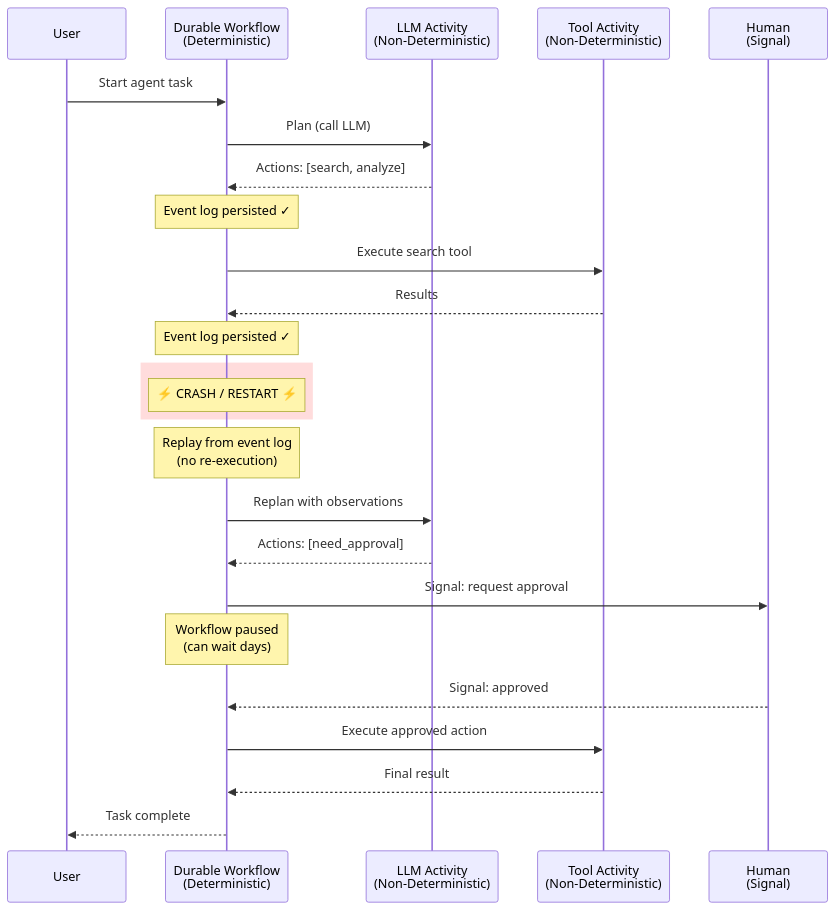
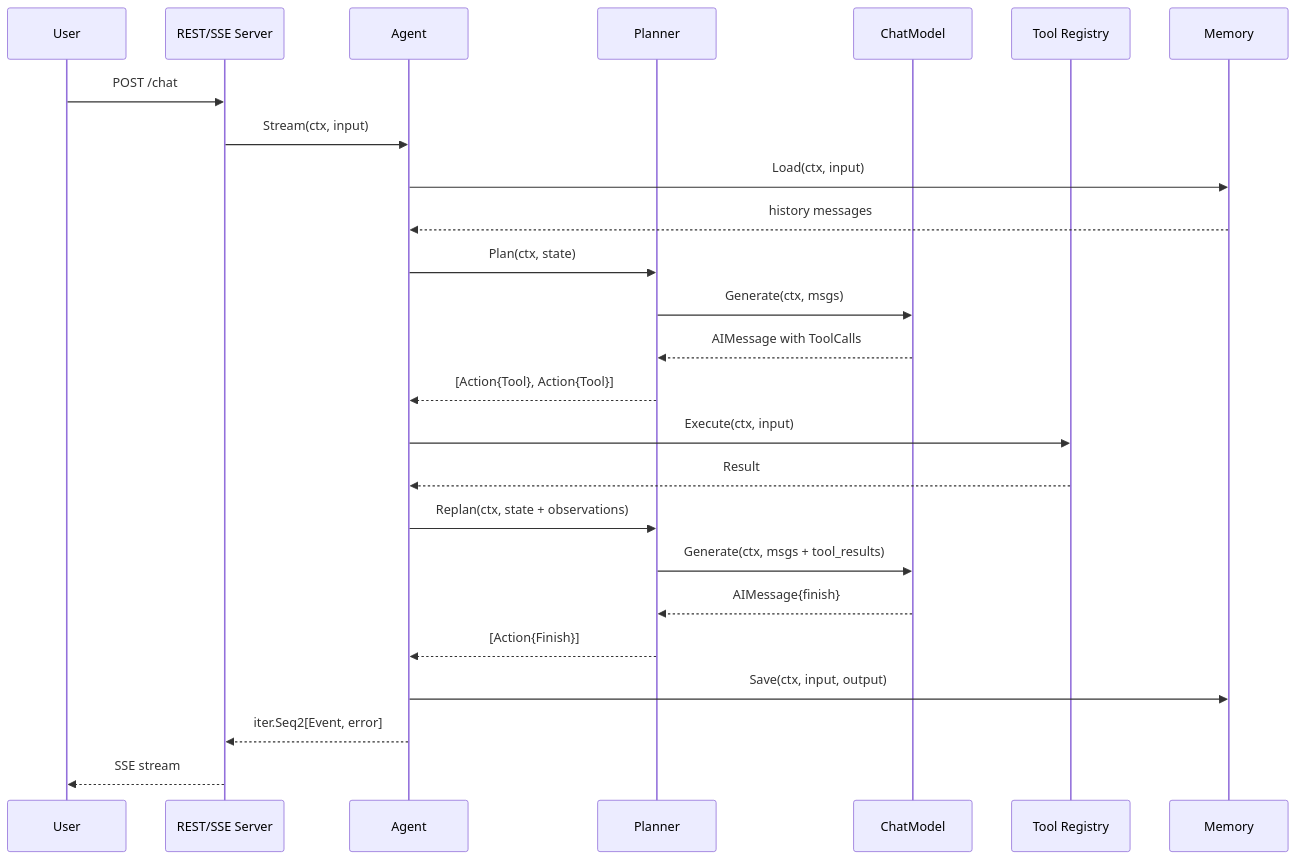
Before and after one commit to lookatitude/beluga-ai: the fifth of 7 diagrams in docs/concepts.md, drawn with Mermaid. The commit also changed other lines of this file and 59 other files, not shown here.

````diff
--- a/docs/concepts.md
+++ b/docs/concepts.md
@@ -550,34 +247,28 @@
 ```mermaid
 sequenceDiagram
     participant User
-    participant Workflow as Durable Workflow<br/>(Deterministic)
-    participant LLM as LLM Activity<br/>(Non-Deterministic)
-    participant Tool as Tool Activity<br/>(Non-Deterministic)
-    participant Human as Human<br/>(Signal)
+    participant Server as REST/SSE Server
+    participant Agent
+    participant Planner
+    participant LLM as ChatModel
+    participant Tools as Tool Registry
+    participant Memory
 
-    User->>Workflow: Start agent task
-    Workflow->>LLM: Plan (call LLM)
-    LLM-->>Workflow: Actions: [search, analyze]
-    Note over Workflow: Event log persisted ✓
-
-    Workflow->>Tool: Execute search tool
-    Tool-->>Workflow: Results
-    Note over Workflow: Event log persisted ✓
-
-    rect rgb(255, 220, 220)
-        Note over Workflow: ⚡ CRASH / RESTART ⚡
-    end
-
-    Note over Workflow: Replay from event log<br/>(no re-execution)
-
-    Workflow->>LLM: Replan with observations
-    LLM-->>Workflow: Actions: [need_approval]
-
-    Workflow->>Human: Signal: request approval
-    Note over Workflow: Workflow paused<br/>(can wait days)
-    Human-->>Workflow: Signal: approved
-
-    Workflow->>Tool: Execute approved action
-    Tool-->>Workflow: Final result
-    Workflow-->>User: Task complete
+    User->>Server: POST /chat
+    Server->>Agent: Stream(ctx, input)
+    Agent->>Memory: Load(ctx, input)
+    Memory-->>Agent: history messages
+    Agent->>Planner: Plan(ctx, state)
+    Planner->>LLM: Generate(ctx, msgs)
+    LLM-->>Planner: AIMessage with ToolCalls
+    Planner-->>Agent: [Action{Tool}, Action{Tool}]
+    Agent->>Tools: Execute(ctx, input)
+    Tools-->>Agent: Result
+    Agent->>Planner: Replan(ctx, state + observations)
+    Planner->>LLM: Generate(ctx, msgs + tool_results)
+    LLM-->>Planner: AIMessage{finish}
+    Planner-->>Agent: [Action{Finish}]
+    Agent->>Memory: Save(ctx, input, output)
+    Agent-->>Server: iter.Seq2[Event, error]
+    Server-->>User: SSE stream
 ```
````
